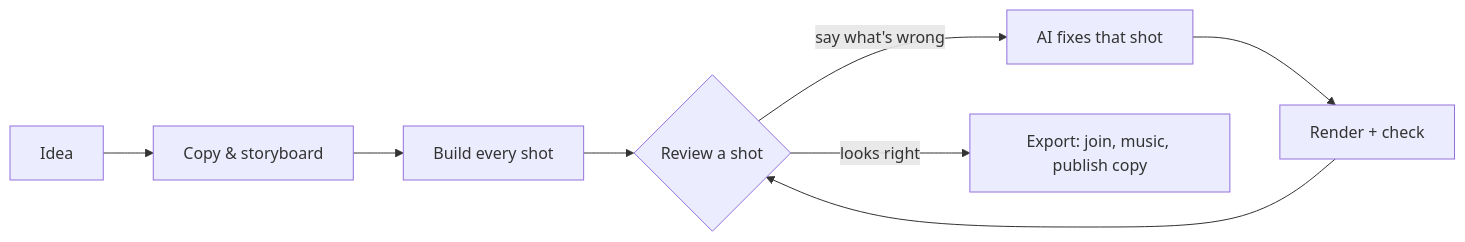
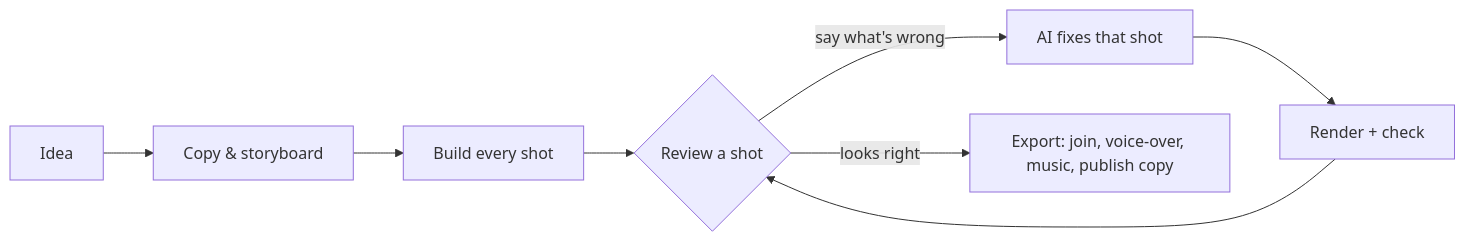
Before and after one commit to chihyungchang/Shotloop: the diagram in README.md, drawn with Mermaid. The commit also changed other lines of this file and 161 other files, not shown here.

````diff
--- a/README.md
+++ b/README.md
@@ -109,8 +109,8 @@
 ```mermaid
 flowchart LR
   A[Idea] --> B[Copy &amp; storyboard]
   B --> C[Build every shot]
   C --> D{Review a shot}
   D -- "say what's wrong" --> E[AI fixes that shot] --> F[Render + check] --> D
-  D -- looks right --> G[Export: join, music, publish copy]
+  D -- looks right --> G[Export: join, voice-over, music, publish copy]
 ```
````
